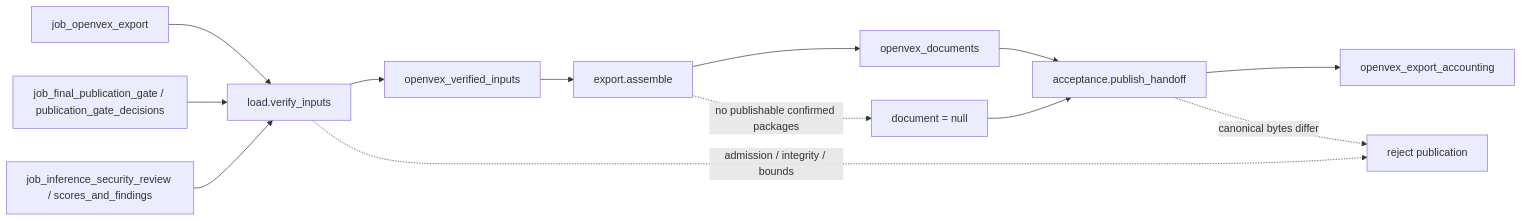
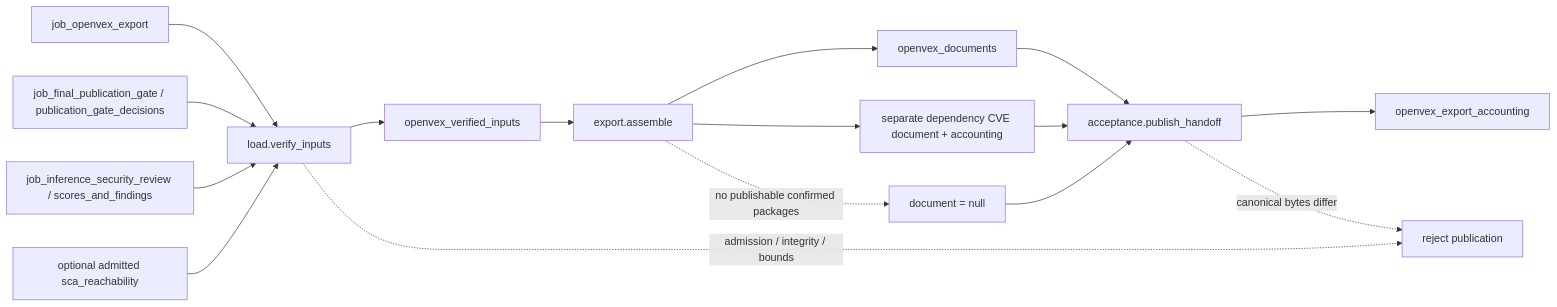
The second of 2 diagrams in docs/operations/job_openvex_export.md (wsollers/appsec-review), drawn with Mermaid before and after one commit. The commit also changed other lines of this file and 27 other files, not shown here.

````diff
--- a/docs/operations/job_openvex_export.md
+++ b/docs/operations/job_openvex_export.md
@@ -260,15 +268,18 @@
 ```mermaid
 flowchart LR
   job["job_openvex_export"] --> load["load.verify_inputs"]
   gate["job_final_publication_gate / publication_gate_decisions"] --> load
   review["job_inference_security_review / scores_and_findings"] --> load
+  dependency["optional admitted sca_reachability"] --> load
   load --> inputs["openvex_verified_inputs"]
   inputs --> assemble["export.assemble"]
   assemble --> documents["openvex_documents"]
+  assemble --> companion["separate dependency CVE document + accounting"]
+  companion --> accept
   assemble -. "no publishable confirmed packages" .-> empty["document = null"]
   documents --> accept["acceptance.publish_handoff"]
   empty --> accept
   accept --> result["openvex_export_accounting"]
   load -. "admission / integrity / bounds" .-> reject["reject publication"]
   accept -. "canonical bytes differ" .-> reject
 ```
````
